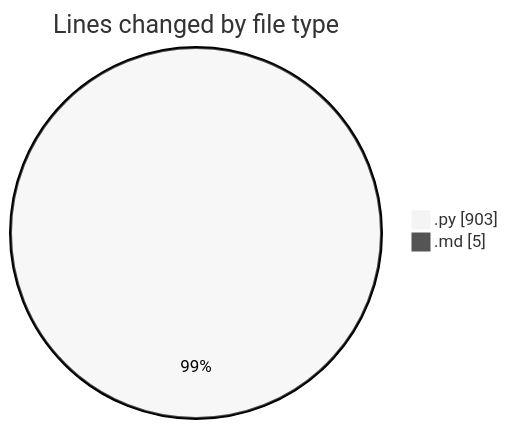
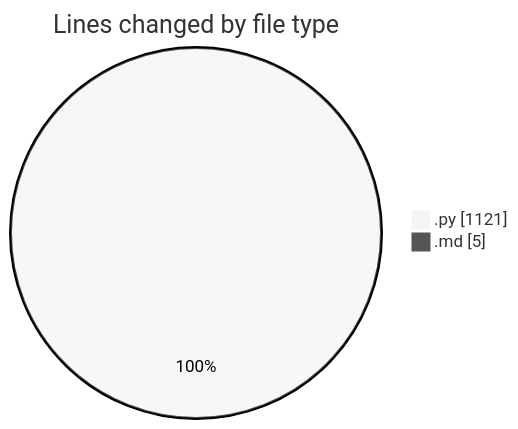
The first of 2 diagrams in 2026-01-10/dsa/README.md (Ritupan-Deka/code-tracking), drawn with Mermaid (neutral theme) before and after one commit. The commit also changed other lines of this file and 1 other file, not shown here.

````diff
--- a/2026-01-10/dsa/README.md
+++ b/2026-01-10/dsa/README.md
@@ -21,6 +21,6 @@
 ```mermaid
 pie showData
 title Lines changed by file type
-".py" : 903
+".py" : 1121
 ".md" : 5
 ```
````
